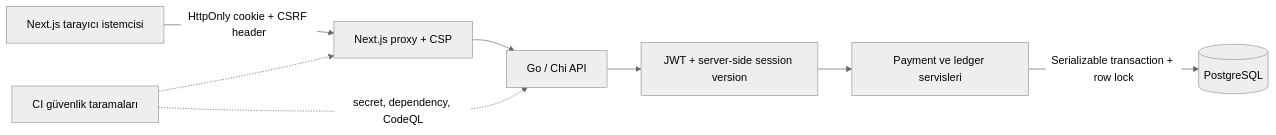
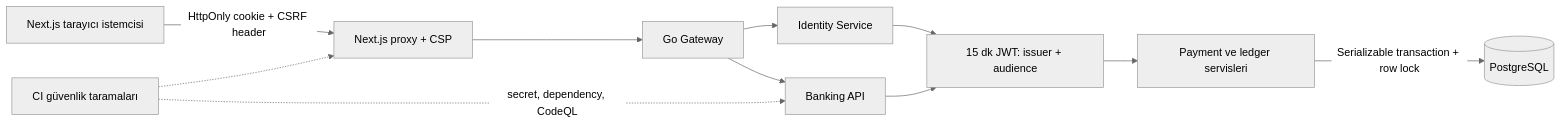
Before and after one commit to mustafa-oezdemir/banking_go: the diagram in CYBER_SECURITY.md, drawn with Mermaid (neutral theme). The commit also changed other lines of this file and 45 other files, not shown here.

Commit message:
phase-5-7: extract identity and add gateway observability

````diff
--- a/CYBER_SECURITY.md
+++ b/CYBER_SECURITY.md
@@ -22,18 +22,23 @@
 ```mermaid
 flowchart LR
     Browser["Next.js tarayıcı istemcisi"]
     Proxy["Next.js proxy + CSP"]
-    API["Go / Chi API"]
-    Auth["JWT + server-side session version"]
+    Gateway["Go Gateway"]
+    Identity["Identity Service"]
+    API["Banking API"]
+    Auth["15 dk JWT: issuer + audience"]
     Service["Payment ve ledger servisleri"]
     DB[("PostgreSQL")]
     CI["CI güvenlik taramaları"]
 
     Browser -->|"HttpOnly cookie + CSRF header"| Proxy
-    Proxy --> API
+    Proxy --> Gateway
+    Gateway --> Identity
+    Gateway --> API
+    Identity --> Auth
     API --> Auth
     Auth --> Service
     Service -->|"Serializable transaction + row lock"| DB
     CI -. "secret, dependency, CodeQL" .-> API
     CI -.-> Proxy
 ```
````
